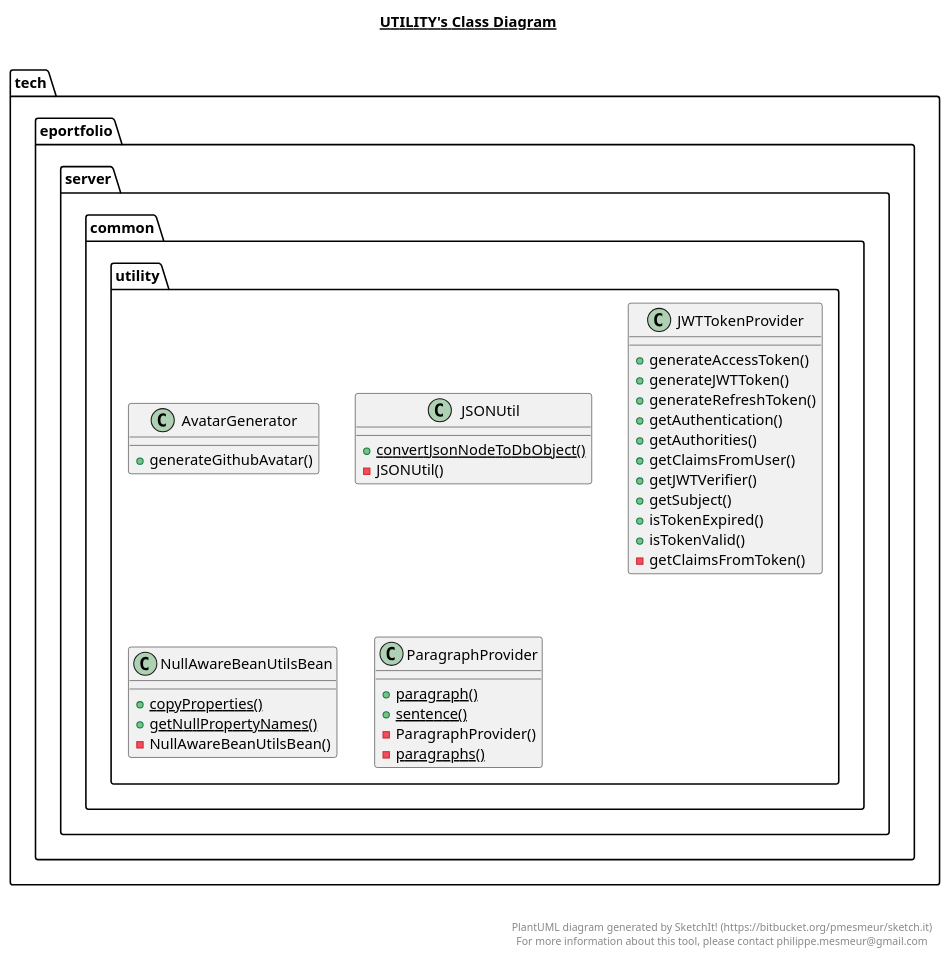
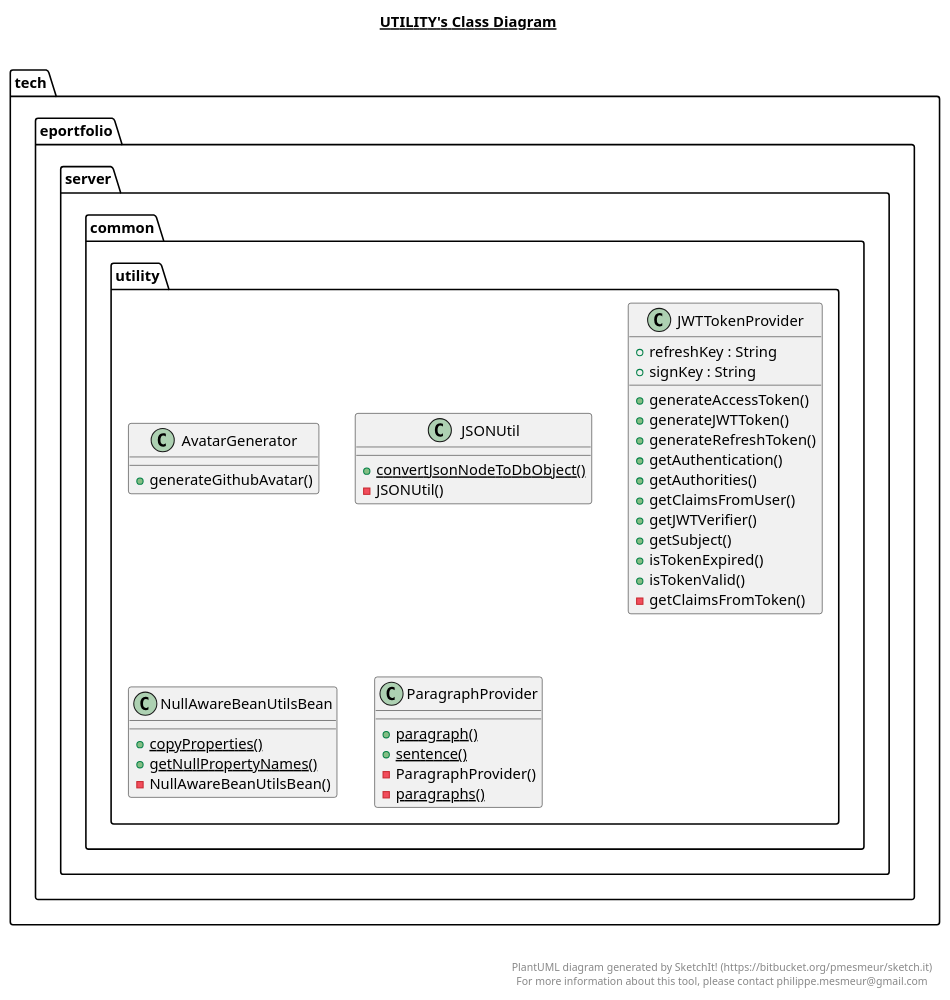
One commit to eportfolio-tech/server changed the diagram in src/main/java/tech/eportfolio/server/common/utility/utility.plantuml. Above: the diagram before and after it, drawn with PlantUML. The commit also changed 33 other files, not shown here.

Commit message:
docs: Upload diagrams

```diff
--- a/src/main/java/tech/eportfolio/server/common/utility/utility.plantuml
+++ b/src/main/java/tech/eportfolio/server/common/utility/utility.plantuml
@@ -1,85 +1,77 @@
 @startuml
 
 title __UTILITY's Class Diagram__\n
 
   namespace tech.eportfolio.server {
-    namespace common {
-      namespace utility {
-        class tech.eportfolio.server.common.utility.AvatarGenerator {
-            + generateGithubAvatar()
-        }
+    namespace common.utility {
+      class tech.eportfolio.server.common.utility.AvatarGenerator {
+          + generateGithubAvatar()
       }
     }
   }
   
 
   namespace tech.eportfolio.server {
-    namespace common {
-      namespace utility {
-        class tech.eportfolio.server.common.utility.JSONUtil {
-            {static} + convertJsonNodeToDbObject()
-            - JSONUtil()
-        }
+    namespace common.utility {
+      class tech.eportfolio.server.common.utility.JSONUtil {
+          {static} + convertJsonNodeToDbObject()
+          - JSONUtil()
       }
     }
   }
   
 
   namespace tech.eportfolio.server {
-    namespace common {
-      namespace utility {
-        class tech.eportfolio.server.common.utility.JWTTokenProvider {
-            + generateAccessToken()
-            + generateJWTToken()
-            + generateRefreshToken()
-            + getAuthentication()
-            + getAuthorities()
-            + getClaimsFromUser()
-            + getJWTVerifier()
-            + getSubject()
-            + isTokenExpired()
-            + isTokenValid()
-            - getClaimsFromToken()
-        }
+    namespace common.utility {
+      class tech.eportfolio.server.common.utility.JWTTokenProvider {
+          + refreshKey : String
+          + signKey : String
+          + generateAccessToken()
+          + generateJWTToken()
+          + generateRefreshToken()
+          + getAuthentication()
+          + getAuthorities()
+          + getClaimsFromUser()
+          + getJWTVerifier()
+          + getSubject()
+          + isTokenExpired()
+          + isTokenValid()
+          - getClaimsFromToken()
       }
     }
   }
   
 
   namespace tech.eportfolio.server {
-    namespace common {
-      namespace utility {
-        class tech.eportfolio.server.common.utility.NullAwareBeanUtilsBean {
-            {static} + copyProperties()
-            {static} + getNullPropertyNames()
-            - NullAwareBeanUtilsBean()
-        }
+    namespace common.utility {
+      class tech.eportfolio.server.common.utility.NullAwareBeanUtilsBean {
+          {static} + copyProperties()
+          {static} + getNullPropertyNames()
+          - NullAwareBeanUtilsBean()
       }
     }
   }
   
 
   namespace tech.eportfolio.server {
-    namespace common {
-      namespace utility {
-        class tech.eportfolio.server.common.utility.ParagraphProvider {
-            {static} + paragraph()
-            {static} + sentence()
-            - ParagraphProvider()
-            {static} - paragraphs()
-        }
+    namespace common.utility {
+      class tech.eportfolio.server.common.utility.ParagraphProvider {
+          {static} + paragraph()
+          {static} + sentence()
+          - ParagraphProvider()
+          {static} - paragraphs()
       }
     }
   }
   
 
 
 
 right footer
 
 
 PlantUML diagram generated by SketchIt! (https://bitbucket.org/pmesmeur/sketch.it)
 For more information about this tool, please contact philippe.mesmeur@gmail.com
 endfooter
 
 @enduml
```
